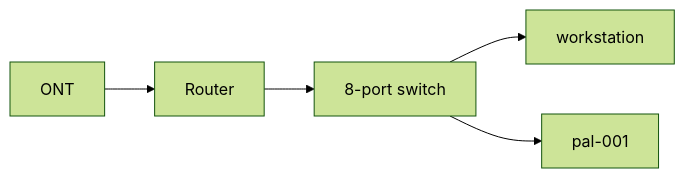
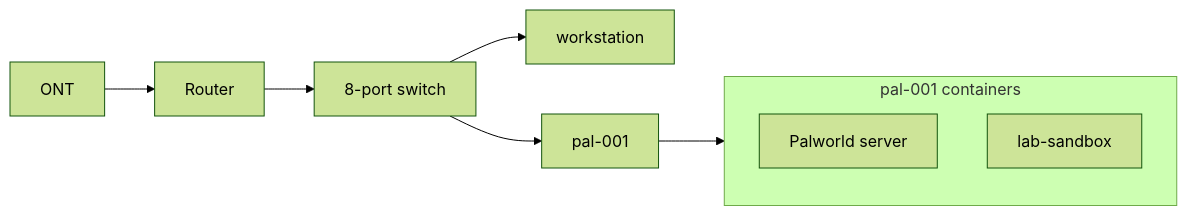
Before and after one commit to Azzy226/homelab: the diagram in README.md, drawn with Mermaid (forest theme). The commit also changed other lines of this file, not shown here.

First line of the commit message:
Document lab-sandbox container and clean up README

````diff
--- a/README.md
+++ b/README.md
@@ -18,7 +21,12 @@
 ```mermaid
 flowchart LR
     ONT[ONT] --> RTR[Router]
     RTR --> SW[8-port switch]
     SW --> WS[workstation]
     SW --> SRV[pal-001]
+    subgraph PALC[pal-001 containers]
+        GAME[Palworld server]
+        SBX[lab-sandbox]
+    end
+    SRV --> PALC
 ```
````
